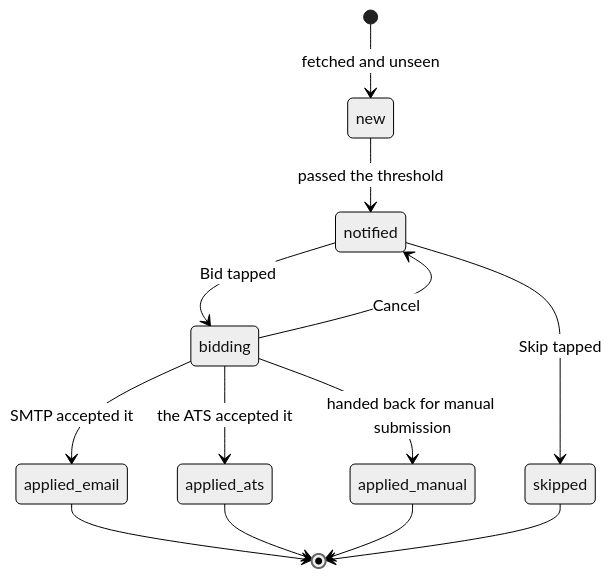
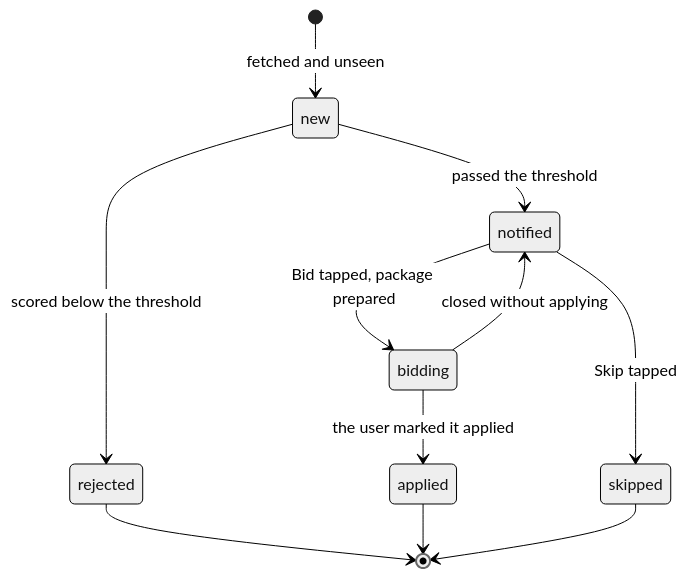
One commit to HamedEzzu/bidwatch changed the third of 5 diagrams in docs/architecture.md. Above: the diagram before and after it, drawn with Mermaid (neutral theme). The commit also changed other lines of this file and 17 other files, not shown here.

````diff
--- a/docs/architecture.md
+++ b/docs/architecture.md
@@ -104,15 +77,13 @@
 ```mermaid
 stateDiagram-v2
     [*] --> new: fetched and unseen
+    new --> rejected: scored below the threshold
     new --> notified: passed the threshold
-    notified --> bidding: Bid tapped
+    notified --> bidding: Bid tapped, package prepared
     notified --> skipped: Skip tapped
-    bidding --> applied_email: SMTP accepted it
-    bidding --> applied_ats: the ATS accepted it
-    bidding --> applied_manual: handed back for manual submission
-    bidding --> notified: Cancel
-    applied_email --> [*]
-    applied_ats --> [*]
-    applied_manual --> [*]
+    bidding --> applied: the user marked it applied
+    bidding --> notified: closed without applying
+    rejected --> [*]
+    applied --> [*]
     skipped --> [*]
 ```
````
